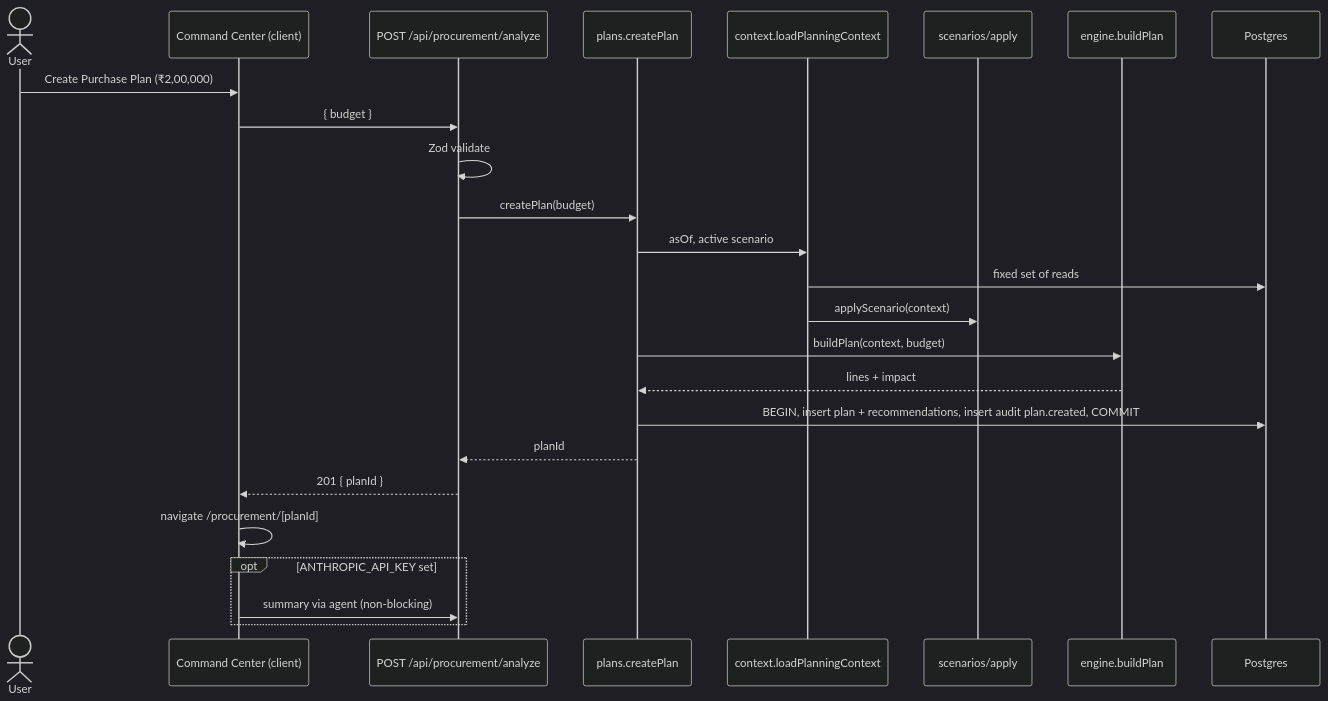
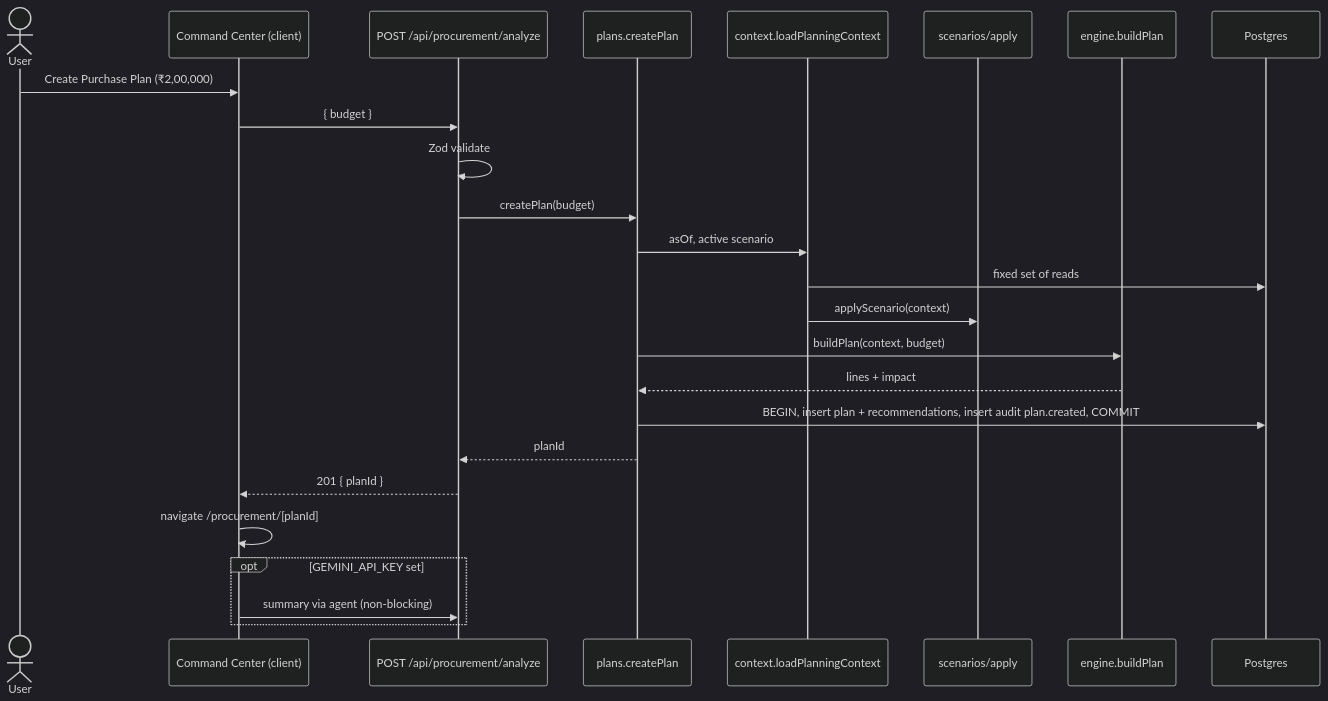
The eighth of 21 diagrams in architecture.md (rushshah973/pharmaos), drawn with Mermaid (dark theme) before and after one commit. The commit also changed other lines of this file and 6 other files, not shown here.

````diff
--- a/architecture.md
+++ b/architecture.md
@@ -293,27 +293,27 @@
 ```mermaid
 sequenceDiagram
     actor U as User
     participant UI as Command Center (client)
     participant API as POST /api/procurement/analyze
     participant P as plans.createPlan
     participant C as context.loadPlanningContext
     participant S as scenarios/apply
     participant E as engine.buildPlan
     participant DB as Postgres
     U->>UI: Create Purchase Plan (₹2,00,000)
     UI->>API: { budget }
     API->>API: Zod validate
     API->>P: createPlan(budget)
     P->>C: asOf, active scenario
     C->>DB: fixed set of reads
     C->>S: applyScenario(context)
     P->>E: buildPlan(context, budget)
     E-->>P: lines + impact
     P->>DB: BEGIN, insert plan + recommendations, insert audit plan.created, COMMIT
     P-->>API: planId
     API-->>UI: 201 { planId }
     UI->>UI: navigate /procurement/[planId]
-    opt ANTHROPIC_API_KEY set
+    opt GEMINI_API_KEY set
         UI->>API: summary via agent (non-blocking)
     end
 ```
````
